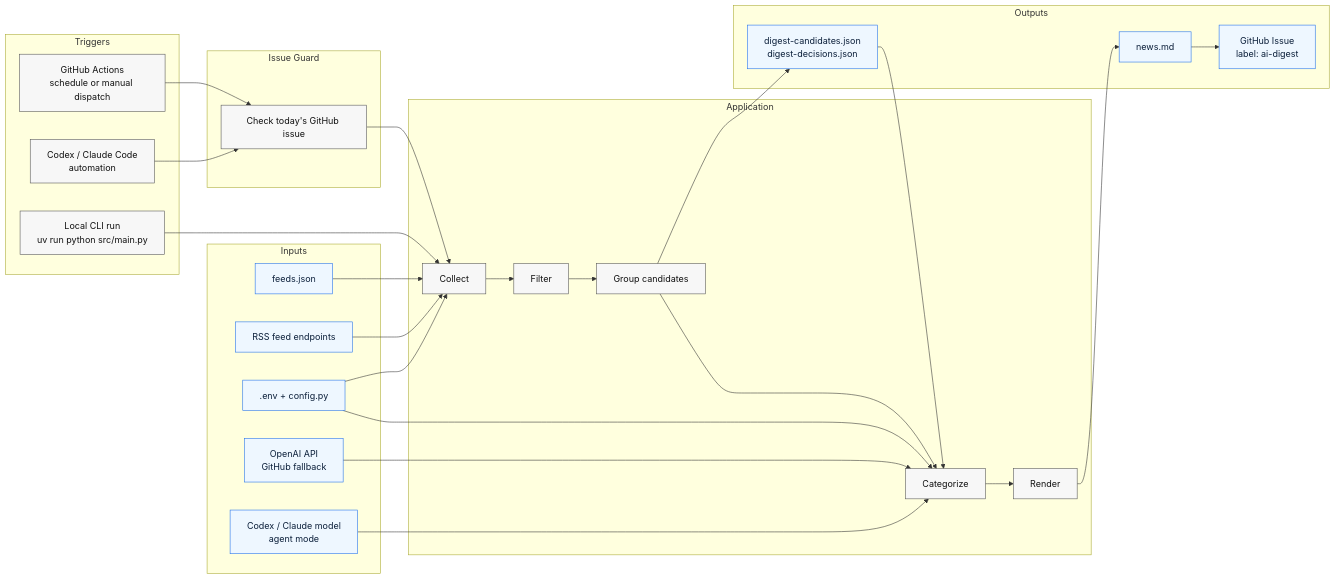
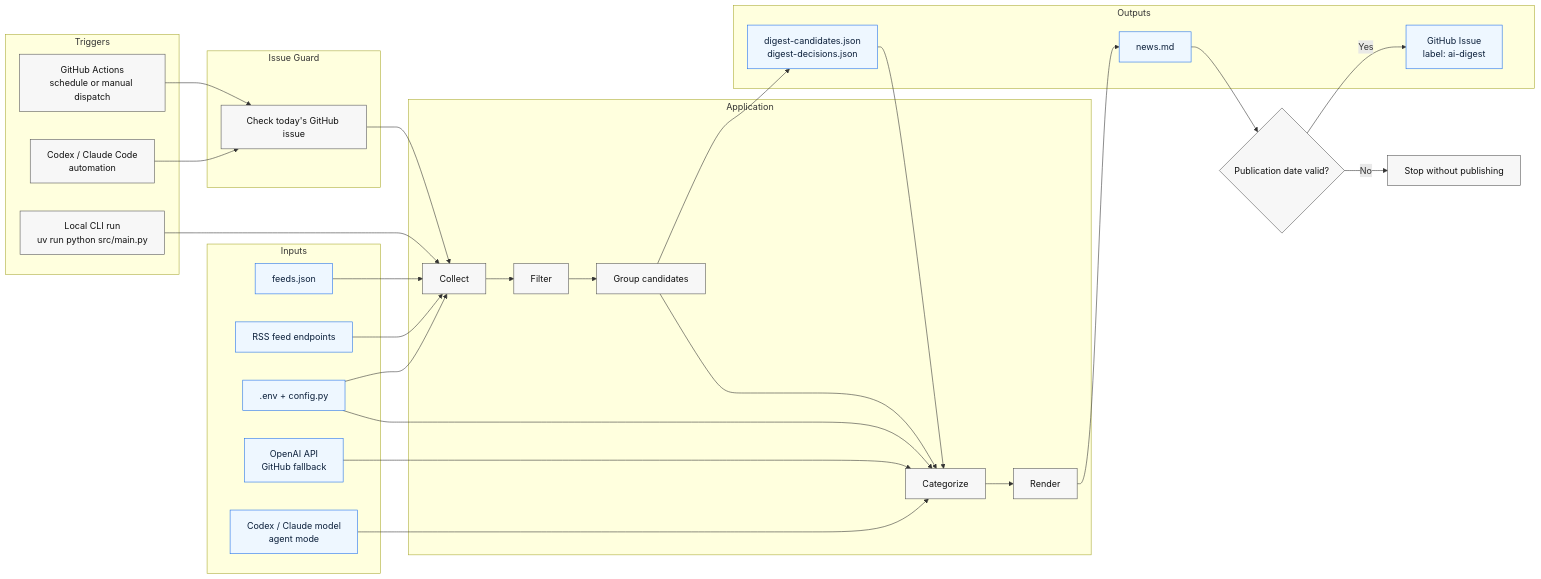
The first of 2 diagrams in docs/architecture.md (nickzren/ai-news-agent), drawn with Mermaid before and after one commit. The commit also changed other lines of this file and 7 other files, not shown here.

````diff
--- a/docs/architecture.md
+++ b/docs/architecture.md
@@ -5,54 +5,56 @@
 ```mermaid
 flowchart LR
     subgraph Trigger[Triggers]
         GH[GitHub Actions<br/>schedule or manual dispatch]
         AGENT[Codex / Claude Code<br/>automation]
         LOCAL[Local CLI run<br/>uv run python src/main.py]
     end
 
     subgraph Guard[Issue Guard]
         CHECK[Check today's GitHub issue]
     end
 
     subgraph App[Application]
         C[Collect]
         F[Filter]
         G[Group candidates]
         K[Categorize]
         R[Render]
         C --> F --> G --> K --> R
     end
 
     subgraph In[Inputs]
         FEEDS[feeds.json]
         RSS[RSS feed endpoints]
         CONF[.env + config.py]
         OAI[OpenAI API<br/>GitHub fallback]
         MODEL[Codex / Claude model<br/>agent mode]
     end
 
     subgraph Out[Outputs]
         JSON[digest-candidates.json<br/>digest-decisions.json]
         MD[news.md]
         ISSUE[GitHub Issue<br/>label: ai-digest]
     end
 
     GH --> CHECK --> C
     AGENT --> CHECK
     LOCAL --> C
     FEEDS --> C
     RSS --> C
     CONF --> C
     CONF --> K
     OAI --> K
     MODEL --> K
     G --> JSON
     JSON --> K
     R --> MD
-    MD --> ISSUE
+    MD --> DATE{Publication date valid?}
+    DATE -- Yes --> ISSUE
+    DATE -- No --> STOP[Stop without publishing]
 
     classDef io fill:#eef7ff,stroke:#1f6feb,stroke-width:1px,color:#0b1f3a;
     classDef proc fill:#f7f7f7,stroke:#555,stroke-width:1px,color:#111;
     class FEEDS,RSS,CONF,OAI,MODEL,JSON,MD,ISSUE io;
-    class GH,AGENT,LOCAL,CHECK,C,F,G,K,R proc;
+    class GH,AGENT,LOCAL,CHECK,C,F,G,K,R,DATE,STOP proc;
 ```
````
